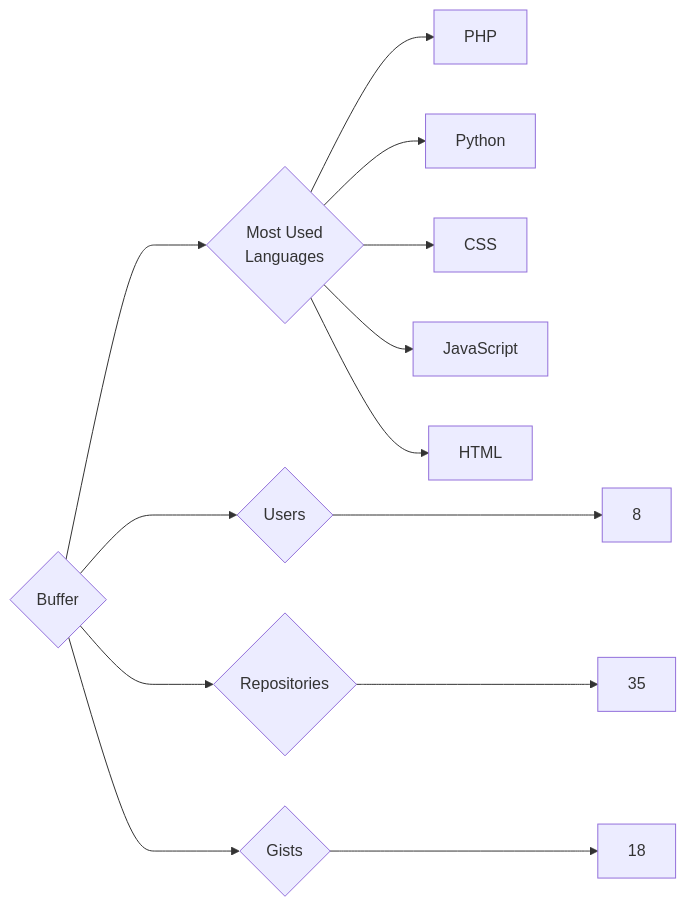
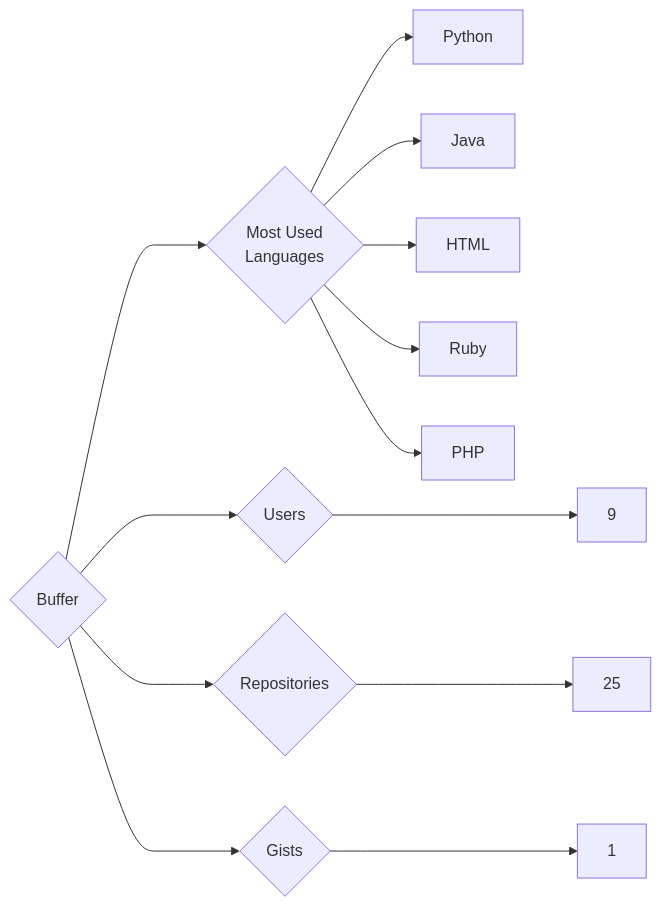
The diagram in targets/Buffer/README.md (trickest/insiders), drawn with Mermaid before and after one commit. The commit also changed 1123 other files, not shown here.

````diff
--- a/targets/Buffer/README.md
+++ b/targets/Buffer/README.md
@@ -3,13 +3,13 @@
 ```mermaid
 graph LR
 COMPANY_NAME{Buffer}
-COMPANY_NAME ---> U{Users} ---> UN[8]
-COMPANY_NAME ---> R{Repositories} ---> RN[35]
-COMPANY_NAME ---> G{Gists} ---> GN[18]
+COMPANY_NAME ---> U{Users} ---> UN[9]
+COMPANY_NAME ---> R{Repositories} ---> RN[25]
+COMPANY_NAME ---> G{Gists} ---> GN[1]
 COMPANY_NAME ---> ML{Most Used<br>Languages}
+ML --> Python[Python]
+ML --> Java[Java]
+ML --> HTML[HTML]
+ML --> Ruby[Ruby]
 ML --> PHP[PHP]
-ML --> Python[Python]
-ML --> CSS[CSS]
-ML --> JavaScript[JavaScript]
-ML --> HTML[HTML]
 ```
````
